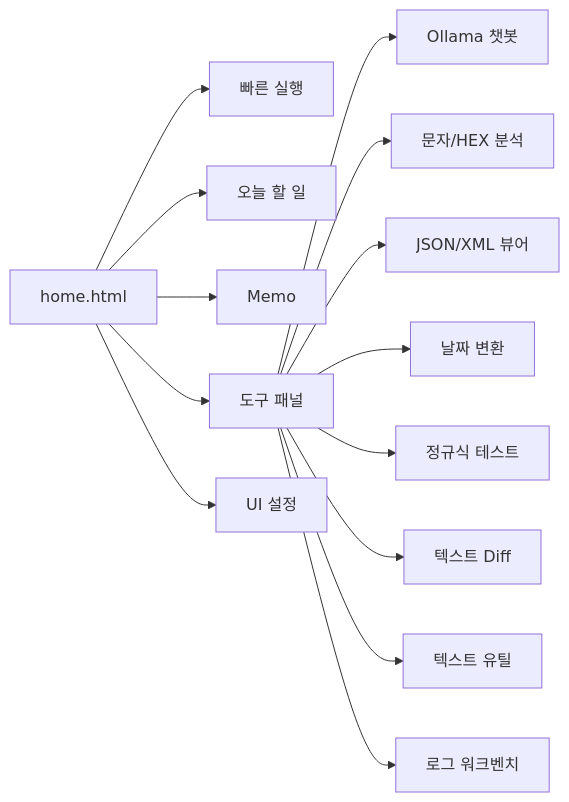
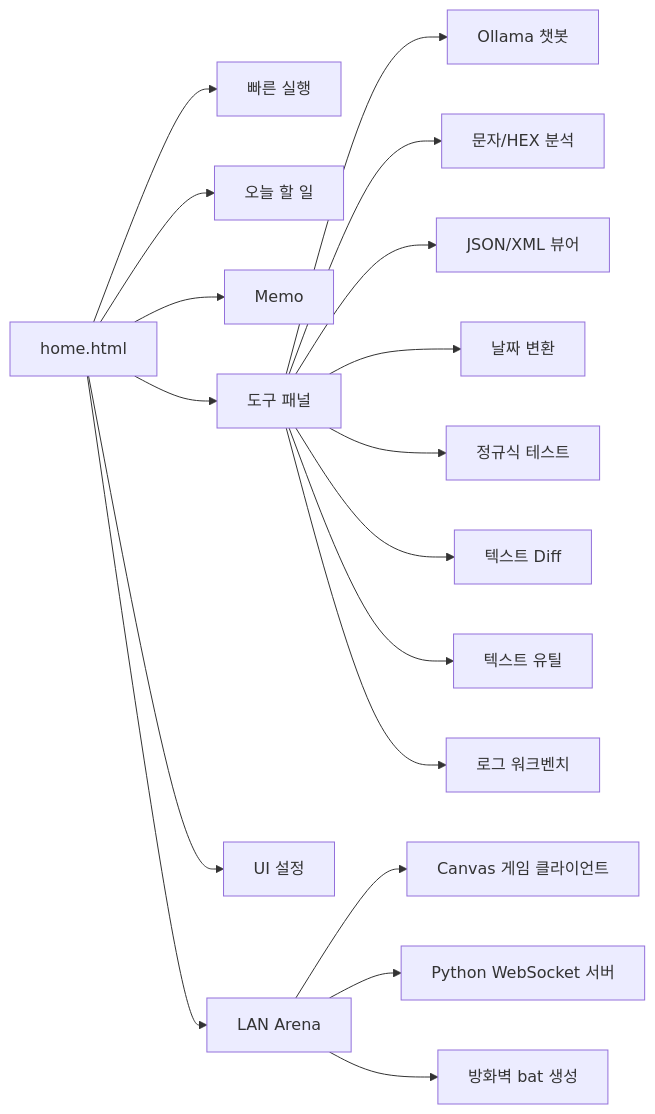
One commit to kjsu1994/Good_ETC changed the diagram in README.md. Above: the diagram before and after it, drawn with Mermaid. The commit also changed other lines of this file and 9 other files, not shown here.

Commit message:
Add LAN arena game

````diff
--- a/README.md
+++ b/README.md
@@ -12,17 +13,21 @@
 ```mermaid
 flowchart LR
     A[home.html] --> B[빠른 실행]
     A --> C[오늘 할 일]
     A --> D[Memo]
     A --> E[도구 패널]
     A --> F[UI 설정]
+    A --> G[LAN Arena]
 
     E --> E1[Ollama 챗봇]
     E --> E2[문자/HEX 분석]
     E --> E3[JSON/XML 뷰어]
     E --> E4[날짜 변환]
     E --> E5[정규식 테스트]
     E --> E6[텍스트 Diff]
     E --> E7[텍스트 유틸]
     E --> E8[로그 워크벤치]
+    G --> G1[Canvas 게임 클라이언트]
+    G --> G2[Python WebSocket 서버]
+    G --> G3[방화벽 bat 생성]
 ```
````
